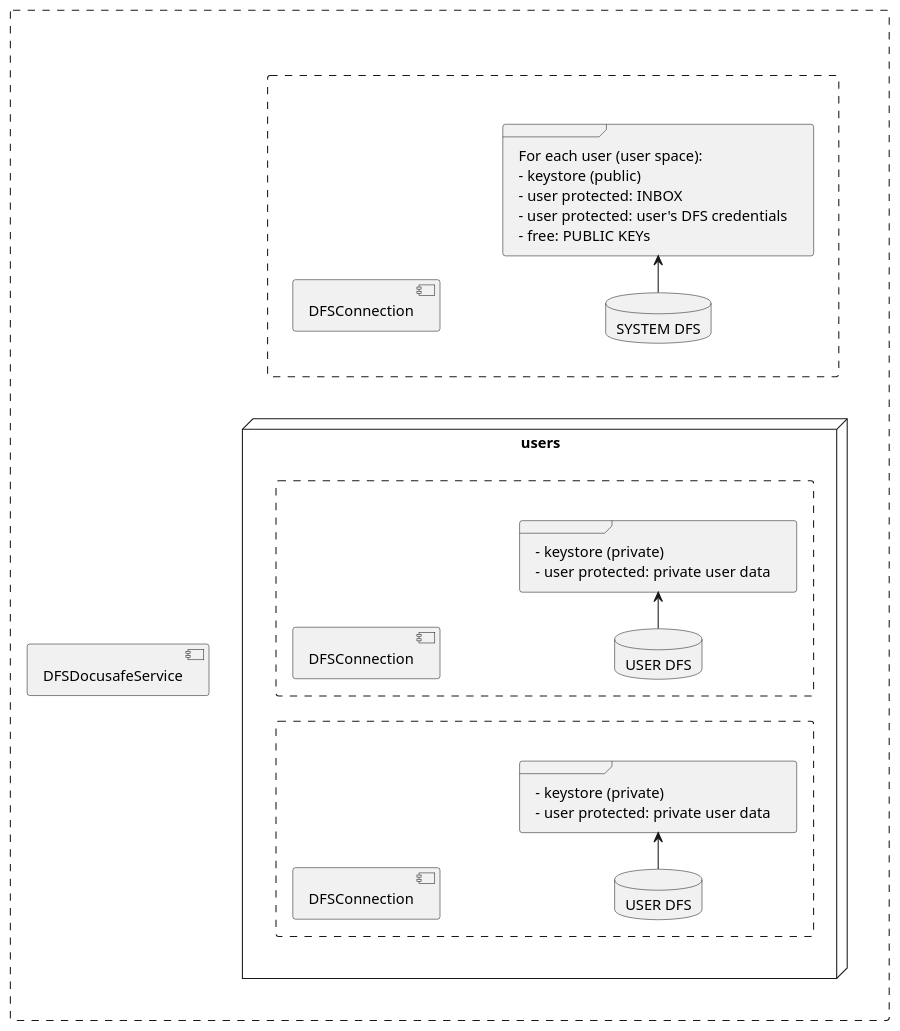
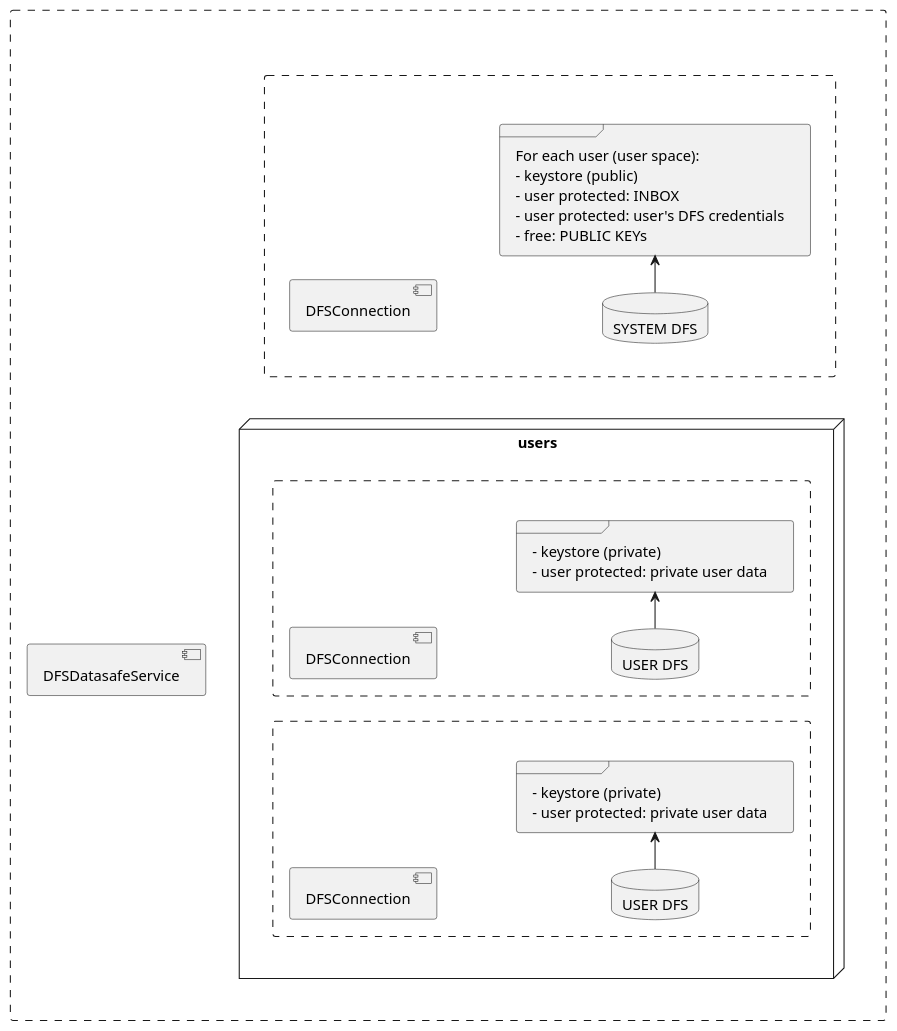
The diagram in docs/diagrams/architecture.puml (adorsys/datasafe), drawn with PlantUML before and after one commit. The commit also changed 59 other files, not shown here.

```diff
--- a/docs/diagrams/architecture.puml
+++ b/docs/diagrams/architecture.puml
@@ -1,63 +1,63 @@
 @startuml
 
 skinparam rectangle {
     BorderStyle<<MainGrp>> dashed
 }
 
 left to right direction
 
 hide stereotype
 
 rectangle " " as main <<MainGrp>> {
-  component DFSDocusafeService as svc
+  component DFSDatasafeService as svc
 
 together {
   rectangle " " as sys <<MainGrp>> {
     component DFSConnection as sys.conn
     database "SYSTEM DFS" as sys.db
     frame sys.frame [
       For each user (user space):
       - keystore (public)
       - user protected: INBOX
       - user protected: user's DFS credentials
       - free: PUBLIC KEYs
     ]
 
     sys.conn --[hidden] sys.db
     sys.db -right-> sys.frame
 
   }
 
   node users {
 
     rectangle " " as usr1 <<MainGrp>> {
       component DFSConnection as usr1.conn
       database "USER DFS" as usr1.db
       frame usr1.frame [
         - keystore (private)
         - user protected: private user data
       ]
 
       usr1.conn --[hidden] usr1.db
       usr1.db -right-> usr1.frame
 
     }
     rectangle " " as usr2 <<MainGrp>> {
       component DFSConnection as usr2.conn
       database "USER DFS" as usr2.db
       frame usr2.frame [
         - keystore (private)
         - user protected: private user data
       ]
 
       usr2.conn --[hidden] usr2.db
       usr2.db -right-> usr2.frame
     }
 
   }
   }
 
   svc --[hidden] users
   svc --[hidden] sys
 }
 @enduml
```
